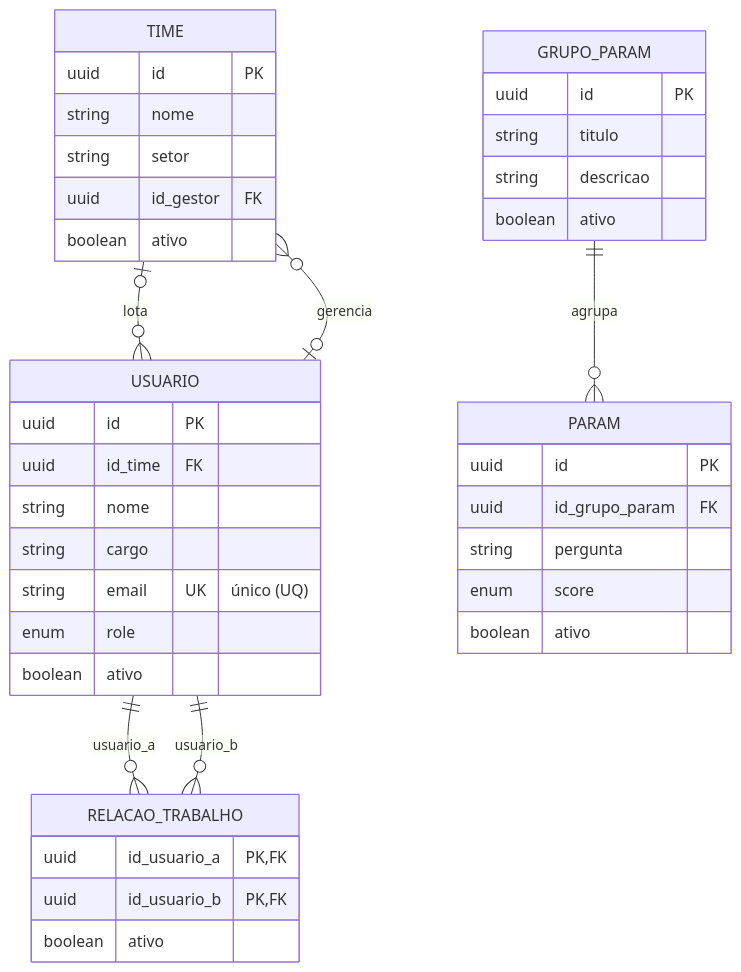
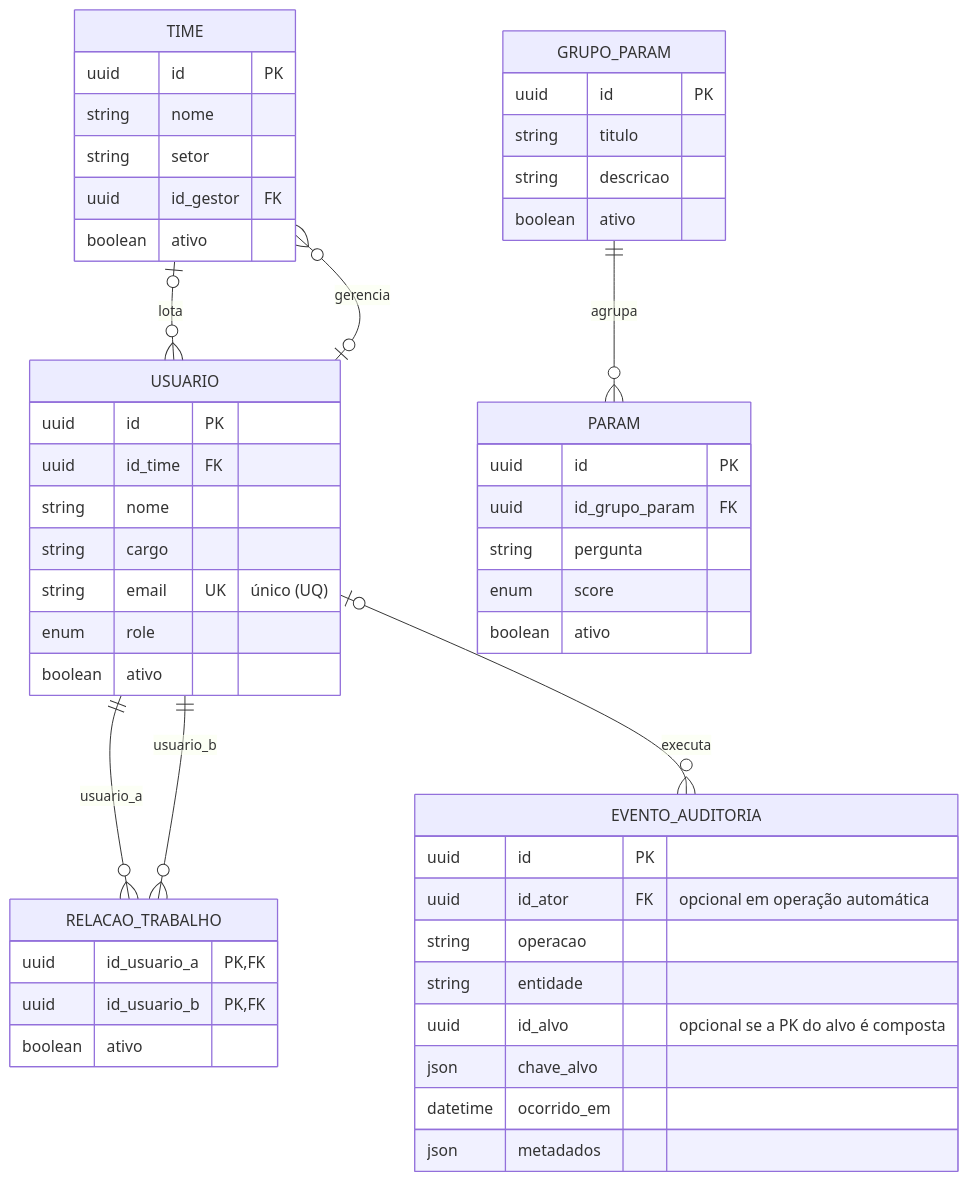
Before and after one commit to EnzoMachad0/projeto-dominios: the diagram in docs/modelos/dominio/mer-organizacao-catalogo.mmd, drawn with Mermaid. The commit also changed 5 other files, not shown here.

```diff
--- a/docs/modelos/dominio/mer-organizacao-catalogo.mmd
+++ b/docs/modelos/dominio/mer-organizacao-catalogo.mmd
@@ -1,41 +1,52 @@
 erDiagram
     TIME o|--o{ USUARIO : lota
     USUARIO o|--o{ TIME : gerencia
     USUARIO ||--o{ RELACAO_TRABALHO : usuario_a
     USUARIO ||--o{ RELACAO_TRABALHO : usuario_b
     GRUPO_PARAM ||--o{ PARAM : agrupa
+    USUARIO |o--o{ EVENTO_AUDITORIA : executa
 
     TIME {
         uuid id PK
         string nome
         string setor
         uuid id_gestor FK
         boolean ativo
     }
     USUARIO {
         uuid id PK
         uuid id_time FK
         string nome
         string cargo
         string email UK "único (UQ)"
         enum role
         boolean ativo
     }
     RELACAO_TRABALHO {
         uuid id_usuario_a PK,FK
         uuid id_usuario_b PK,FK
         boolean ativo
     }
     GRUPO_PARAM {
         uuid id PK
         string titulo
         string descricao
         boolean ativo
     }
     PARAM {
         uuid id PK
         uuid id_grupo_param FK
         string pergunta
         enum score
         boolean ativo
     }
+    EVENTO_AUDITORIA {
+        uuid id PK
+        uuid id_ator FK "opcional em operação automática"
+        string operacao
+        string entidade
+        uuid id_alvo "opcional se a PK do alvo é composta"
+        json chave_alvo
+        datetime ocorrido_em
+        json metadados
+    }
```
